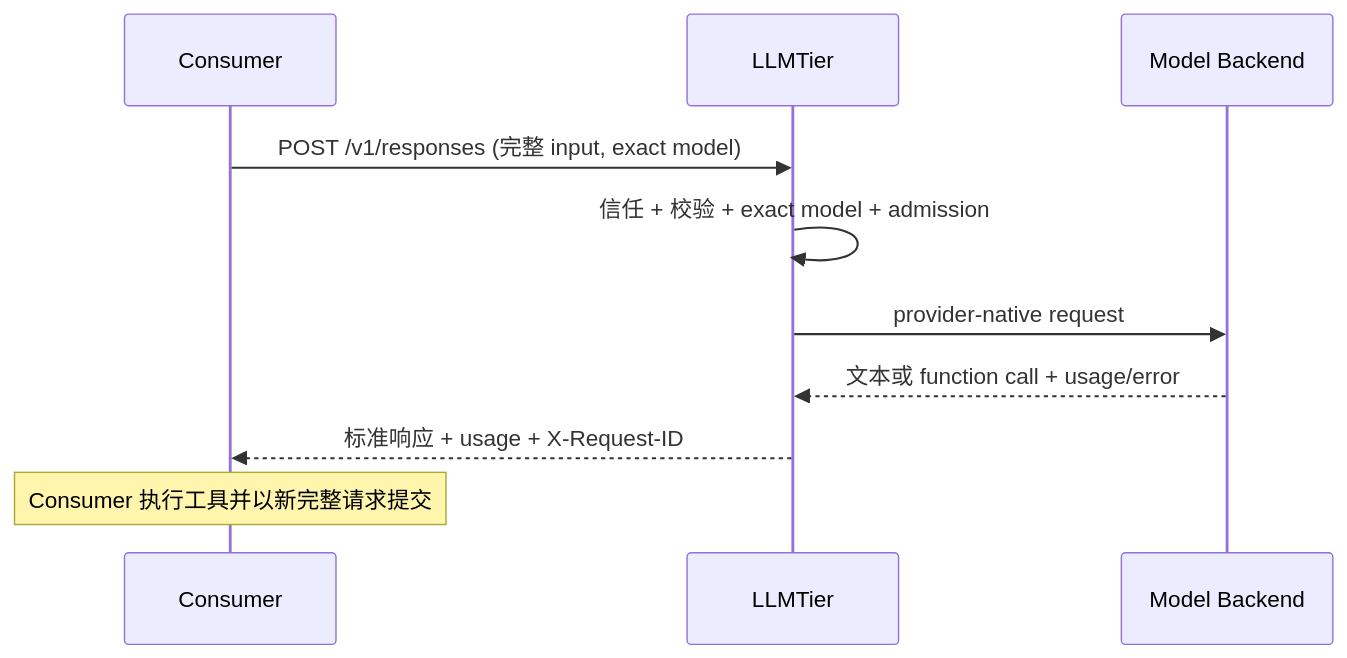
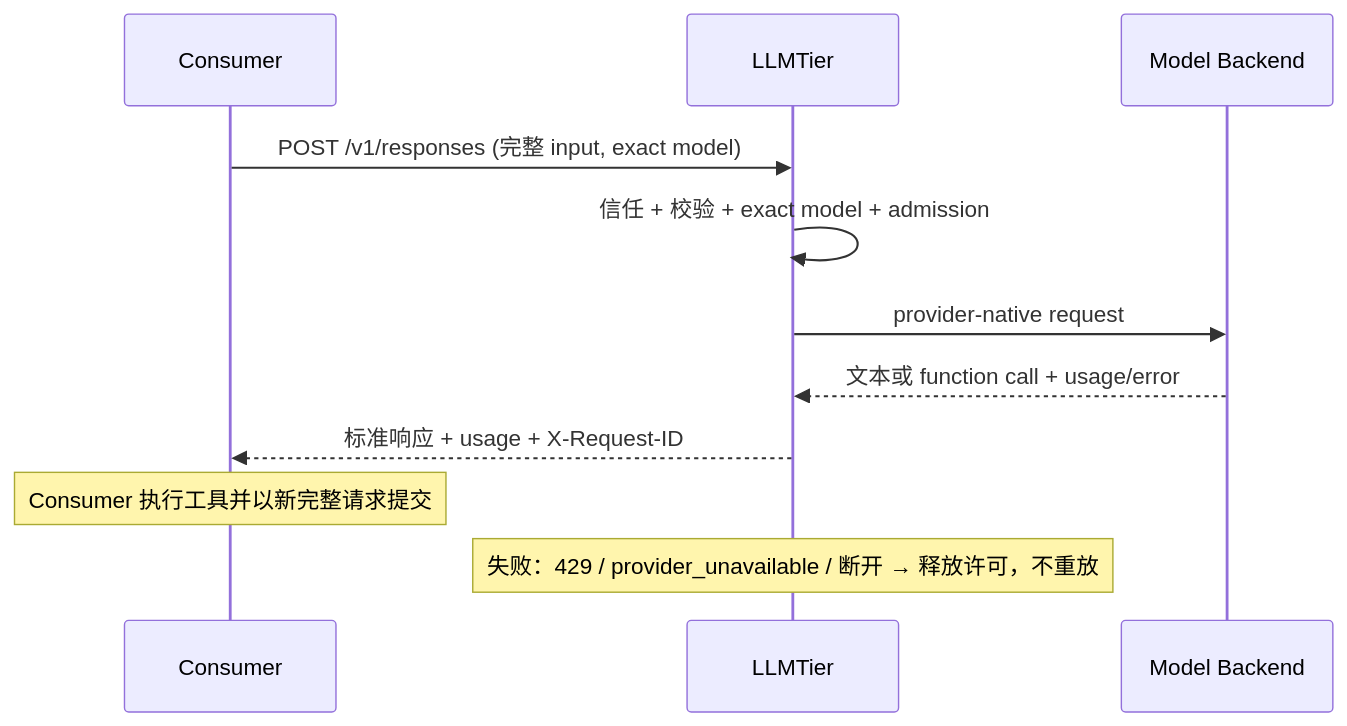
One commit to corezilla/LLMTier changed the fifth of 7 diagrams in docs/20_system_design/llmtier-system-design.md. Above: the diagram before and after it, drawn with Mermaid. The commit also changed other lines of this file and 1 other file, not shown here.

First line of the commit message:
docs: add process table + per-process flow diagrams to system design §7

````diff
--- a/docs/20_system_design/llmtier-system-design.md
+++ b/docs/20_system_design/llmtier-system-design.md
@@ -344,12 +365,13 @@
 ```mermaid
 sequenceDiagram
   participant P as Consumer
   participant L as LLMTier
   participant B as Model Backend
   P->>L: POST /v1/responses (完整 input, exact model)
   L->>L: 信任 + 校验 + exact model + admission
   L->>B: provider-native request
   B-->>L: 文本或 function call + usage/error
   L-->>P: 标准响应 + usage + X-Request-ID
   Note over P: Consumer 执行工具并以新完整请求提交
+  Note over L: 失败：429 / provider_unavailable / 断开 → 释放许可，不重放
 ```
````
